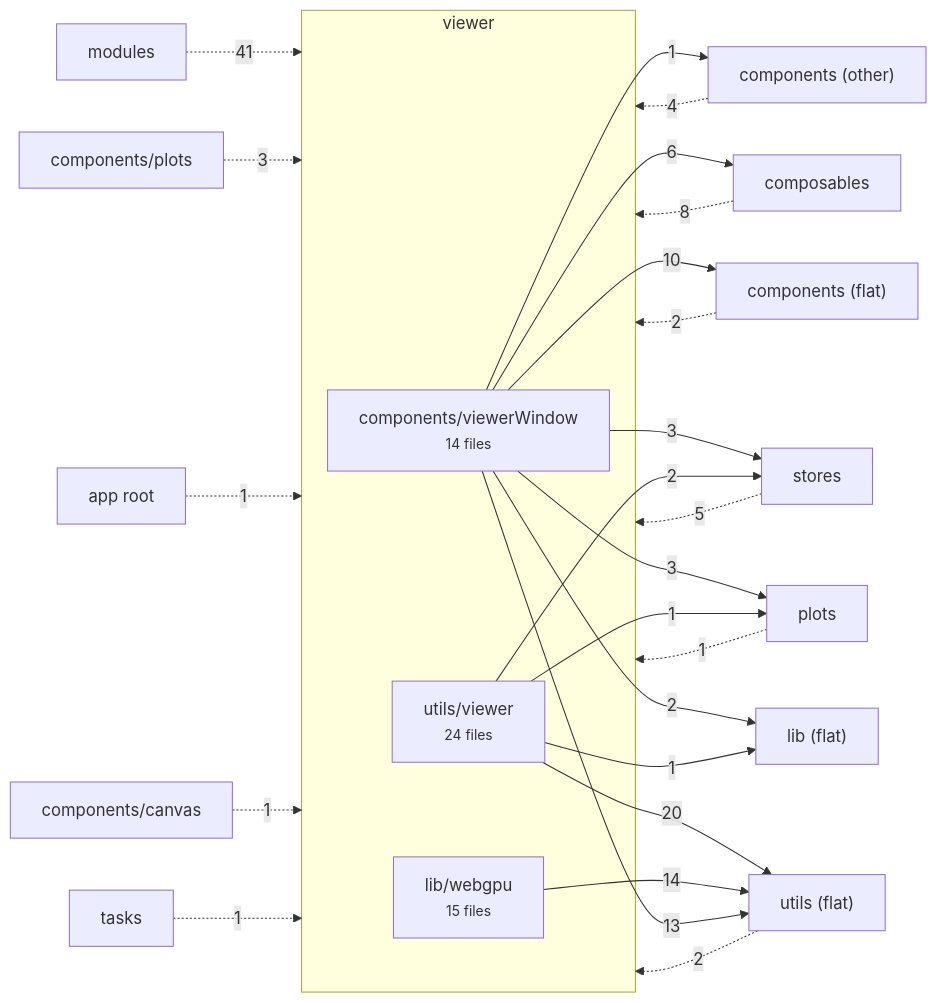
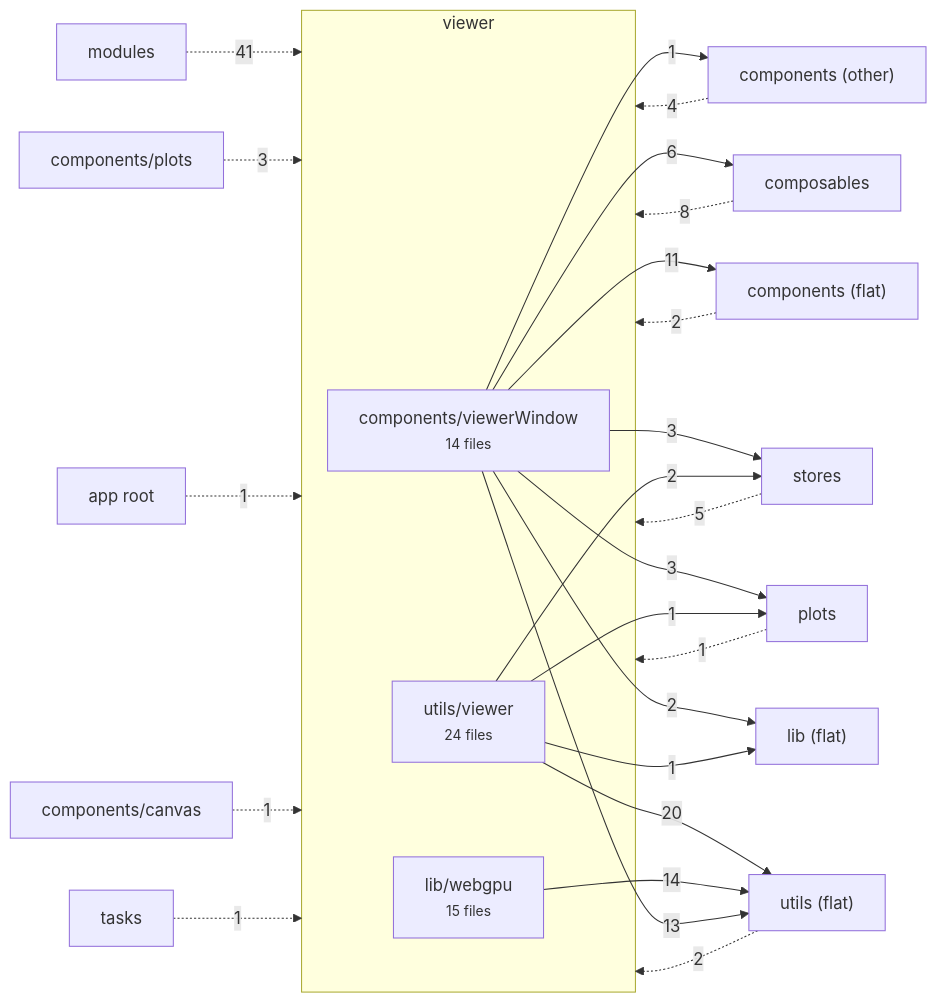
The diagram in docs/architecture/vue/viewer.md (schienstockd/cecelia), drawn with Mermaid before and after one commit. The commit also changed 27 other files, not shown here.

````diff
--- a/docs/architecture/vue/viewer.md
+++ b/docs/architecture/vue/viewer.md
@@ -9,31 +9,31 @@
 ```mermaid
 flowchart LR
   subgraph V["viewer"]
     components_viewerWindow["components/viewerWindow<br/><small>14 files</small>"]
     lib_webgpu["lib/webgpu<br/><small>15 files</small>"]
     utils_viewer["utils/viewer<br/><small>24 files</small>"]
   end
   utils_viewer -->|20| utils__flat_["utils (flat)"]
   lib_webgpu -->|14| utils__flat_["utils (flat)"]
   components_viewerWindow -->|13| utils__flat_["utils (flat)"]
-  components_viewerWindow -->|10| components__flat_["components (flat)"]
+  components_viewerWindow -->|11| components__flat_["components (flat)"]
   components_viewerWindow -->|6| composables["composables"]
   components_viewerWindow -->|3| plots["plots"]
   components_viewerWindow -->|3| stores["stores"]
   components_viewerWindow -->|2| lib__flat_["lib (flat)"]
   utils_viewer -->|2| stores["stores"]
   components_viewerWindow -->|1| components__other_["components (other)"]
   utils_viewer -->|1| lib__flat_["lib (flat)"]
   utils_viewer -->|1| plots["plots"]
   modules["modules"] -.->|41| V
   composables["composables"] -.->|8| V
   stores["stores"] -.->|5| V
   components__other_["components (other)"] -.->|4| V
   components_plots["components/plots"] -.->|3| V
   components__flat_["components (flat)"] -.->|2| V
   utils__flat_["utils (flat)"] -.->|2| V
   app_root["app root"] -.->|1| V
   components_canvas["components/canvas"] -.->|1| V
   plots["plots"] -.->|1| V
   tasks["tasks"] -.->|1| V
 ```
````
